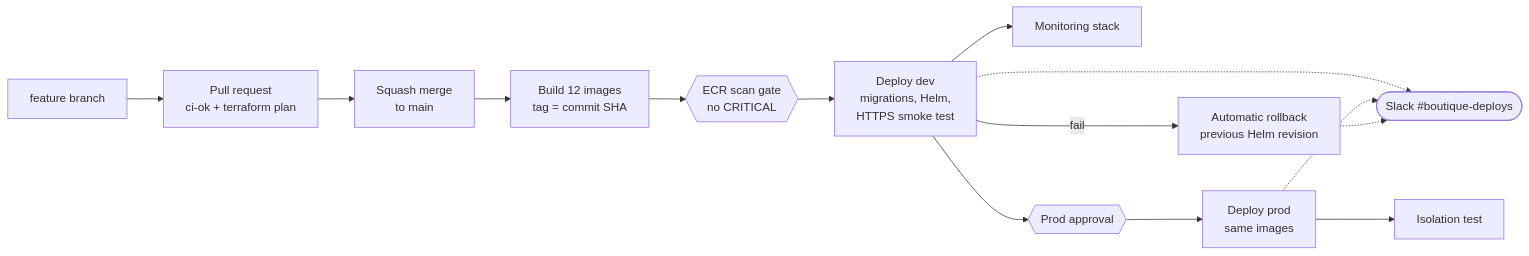
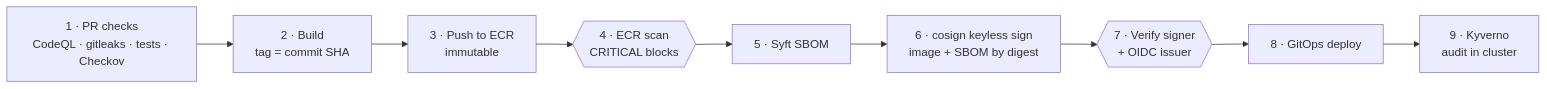
Before and after one commit to ngems1/Sec-GitOps-platform: the fourth of 8 diagrams in README.md, drawn with Mermaid. The commit also changed other lines of this file and 2 other files, not shown here.

Commit message:
docs: recruiter-focused README, executive summary and architecture diagrams (#92)

````diff
--- a/README.md
+++ b/README.md
@@ -230,13 +128,8 @@
 ```mermaid
 flowchart LR
-    branch[feature branch] --> pr[Pull request<br/>ci-ok + terraform plan]
-    pr --> merge[Squash merge<br/>to main]
-    merge --> build[Build 12 images<br/>tag = commit SHA]
-    build --> scan{{ECR scan gate<br/>no CRITICAL}}
-    scan --> dev[Deploy dev<br/>migrations, Helm,<br/>HTTPS smoke test]
-    dev -->|fail| rb[Automatic rollback<br/>previous Helm revision]
-    dev --> mon[Monitoring stack]
-    dev --> approve{{Prod approval}} --> prod[Deploy prod<br/>same images]
-    prod --> iso[Isolation test]
-    dev & prod & rb -.-> slack([Slack #boutique-deploys])
+    s1[1 · PR checks<br/>CodeQL · gitleaks · tests · Checkov] --> s2[2 · Build<br/>tag = commit SHA]
+    s2 --> s3[3 · Push to ECR<br/>immutable] --> s4{{4 · ECR scan<br/>CRITICAL blocks}}
+    s4 --> s5[5 · Syft SBOM] --> s6[6 · cosign keyless sign<br/>image + SBOM by digest]
+    s6 --> s7{{7 · Verify signer<br/>+ OIDC issuer}} --> s8[8 · GitOps deploy]
+    s8 --> s9[9 · Kyverno<br/>audit in cluster]
 ```
````
